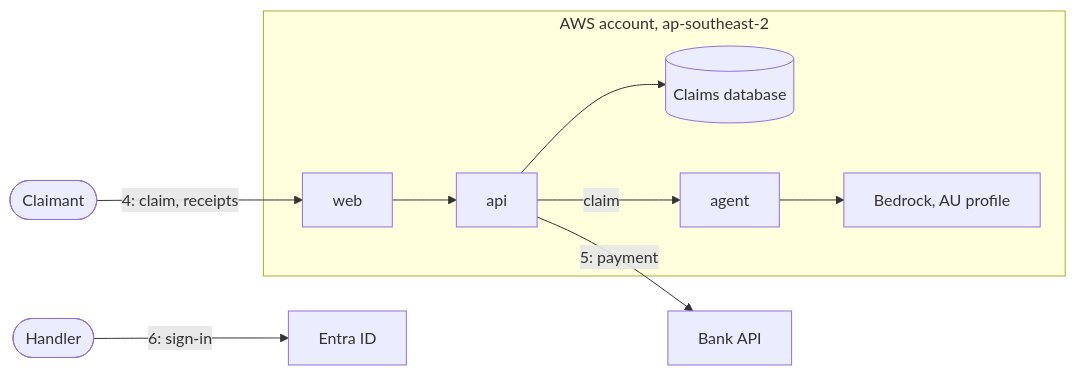
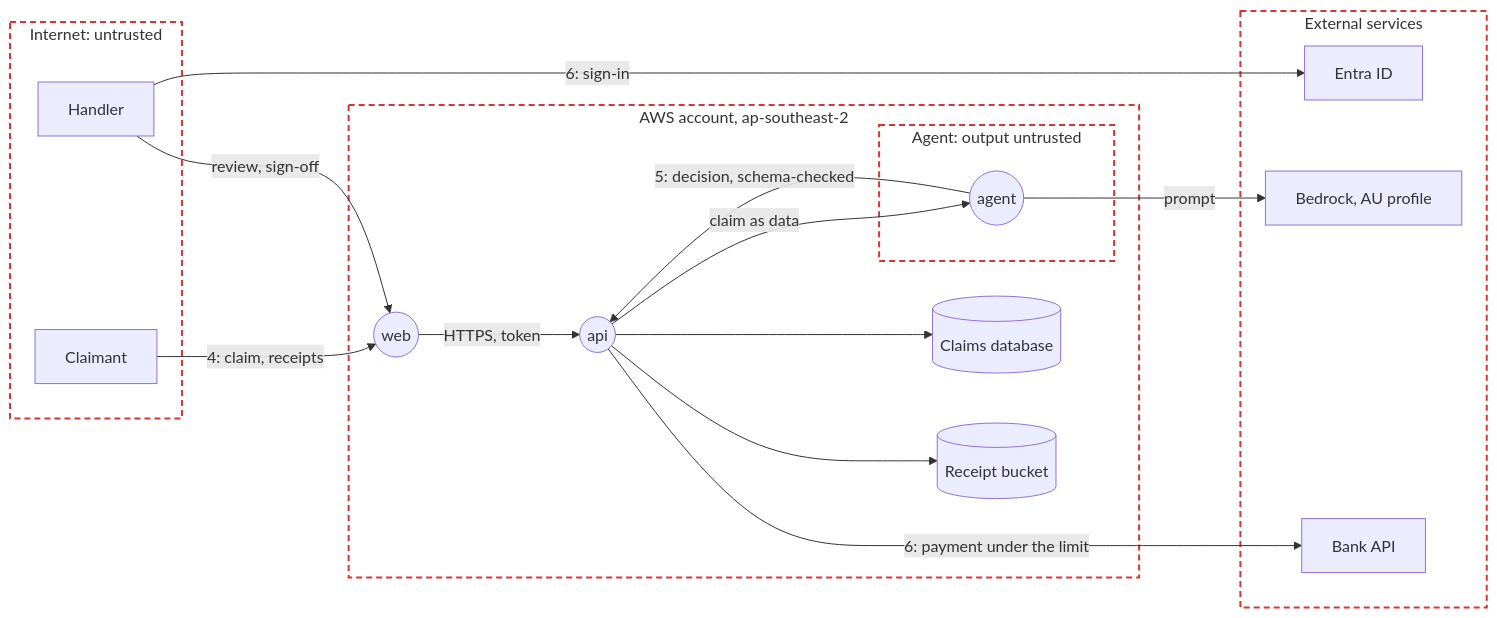
Before and after one commit to euginevd/sdlc-template: the diagram in docs/threat-model.md, drawn with Mermaid. The commit also changed other lines of this file, not shown here.

Commit message:
Draw the data flow as a DFD with trust boundary zones

````diff
--- a/docs/threat-model.md
+++ b/docs/threat-model.md
@@ -7,12 +7,33 @@
 ```mermaid
 flowchart LR
-  claimant([Claimant]) -- "4: claim, receipts" --> web
-  handler([Handler]) -- "6: sign-in" --> entra[Entra ID]
-  subgraph aws [AWS account, ap-southeast-2]
-    web[web] --> api[api]
-    api --> db[(Claims database)]
-    api -- claim --> agent[agent]
-    agent --> bedrock[Bedrock, AU profile]
+  subgraph internet ["Internet: untrusted"]
+    claimant[Claimant]
+    handler[Handler]
   end
-  api -- "5: payment" --> bank[Bank API]
+  subgraph aws ["AWS account, ap-southeast-2"]
+    web((web))
+    api((api))
+    db[(Claims database)]
+    bucket[(Receipt bucket)]
+    subgraph agentzone ["Agent: output untrusted"]
+      agent((agent))
+    end
+  end
+  subgraph third ["External services"]
+    entra[Entra ID]
+    bedrock[Bedrock, AU profile]
+    bank[Bank API]
+  end
+  claimant -- "4: claim, receipts" --> web
+  handler -- "6: sign-in" --> entra
+  handler -- "review, sign-off" --> web
+  web -- "HTTPS, token" --> api
+  api --> db
+  api --> bucket
+  api -- "claim as data" --> agent
+  agent -- prompt --> bedrock
+  agent -- "5: decision, schema-checked" --> api
+  api -- "6: payment under the limit" --> bank
+  classDef boundary fill:none,stroke:#d33,stroke-width:2px,stroke-dasharray:6 4
+  class internet,aws,agentzone,third boundary
 ```
````
